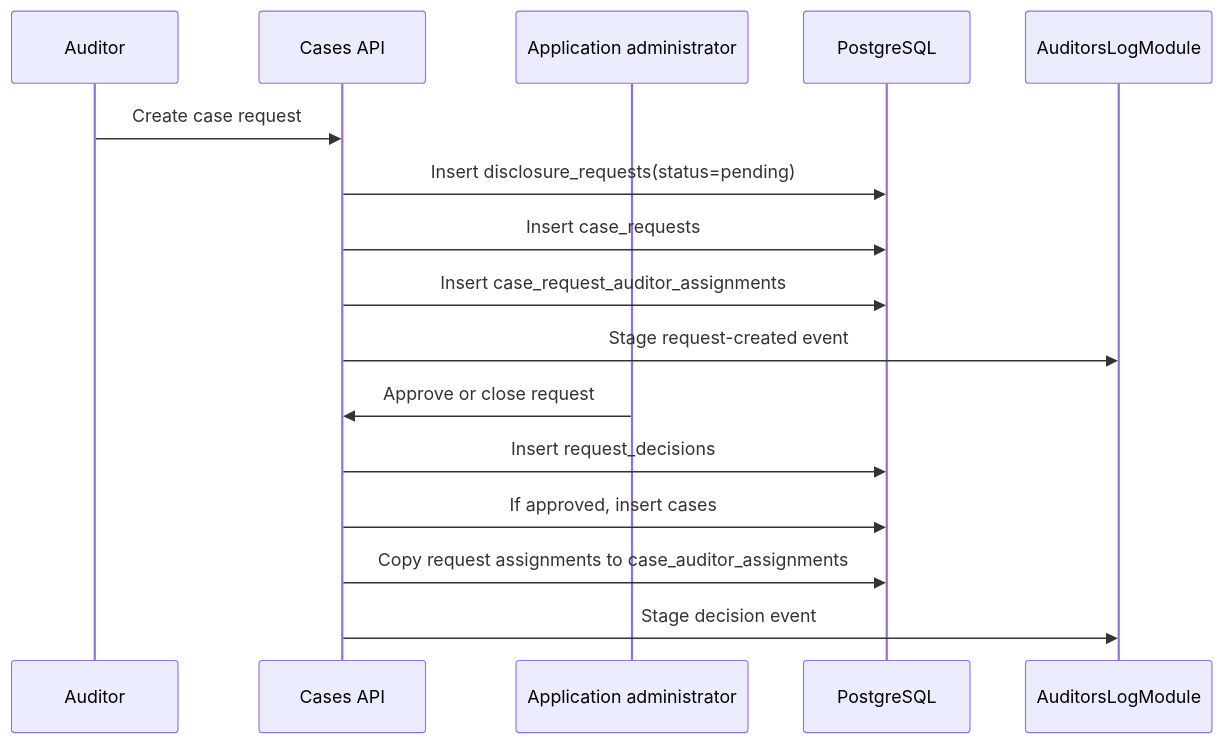
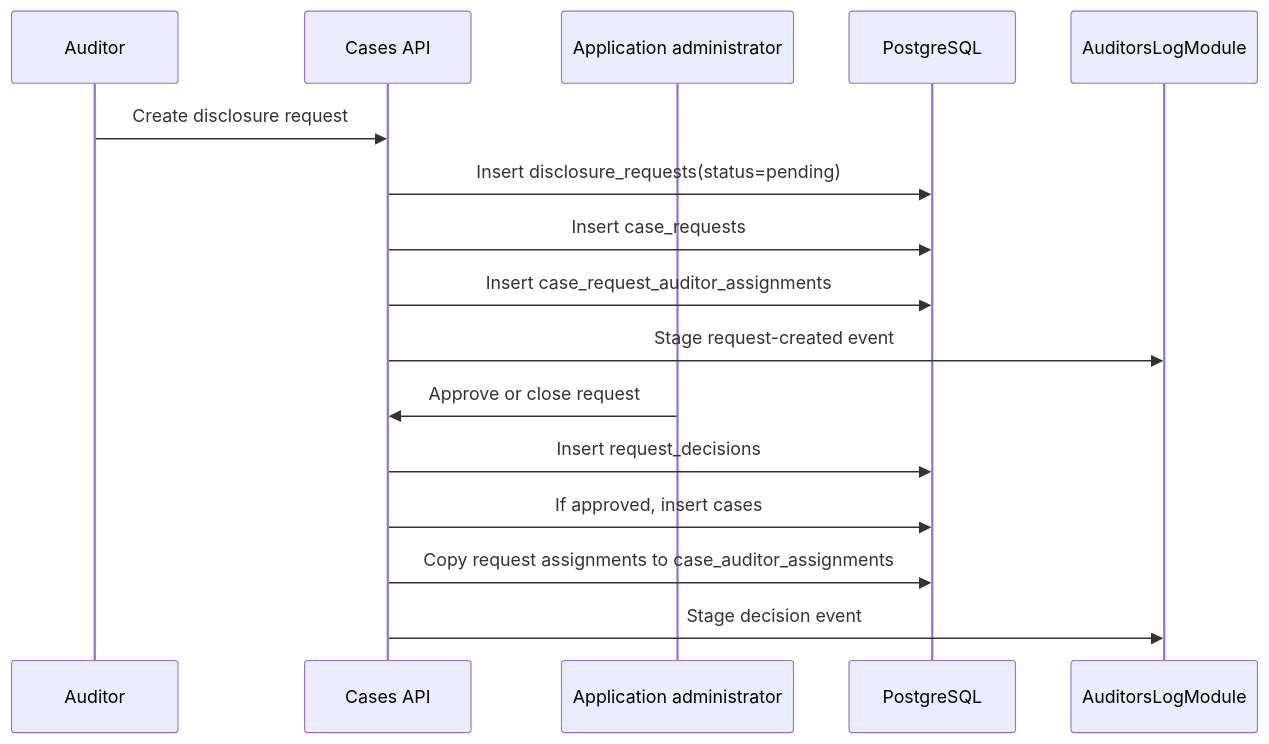
The first of 2 diagrams in auditing-portal/disclosure-cases-and-reports.mdx (Polynom-Labs/arcane-compliance-docs), drawn with Mermaid before and after one commit. The commit also changed 3 other files, not shown here.

Commit message:
Add auditor disclosure request use case

````diff
--- a/auditing-portal/disclosure-cases-and-reports.mdx
+++ b/auditing-portal/disclosure-cases-and-reports.mdx
@@ -10,19 +10,19 @@
 ```mermaid
 sequenceDiagram
   participant Auditor as Auditor
   participant Cases as Cases API
   participant Admin as Application administrator
   participant DB as PostgreSQL
   participant Log as AuditorsLogModule
 
-  Auditor->>Cases: Create case request
+  Auditor->>Cases: Create disclosure request
   Cases->>DB: Insert disclosure_requests(status=pending)
   Cases->>DB: Insert case_requests
   Cases->>DB: Insert case_request_auditor_assignments
   Cases->>Log: Stage request-created event
   Admin->>Cases: Approve or close request
   Cases->>DB: Insert request_decisions
   Cases->>DB: If approved, insert cases
   Cases->>DB: Copy request assignments to case_auditor_assignments
   Cases->>Log: Stage decision event
 ```
````
